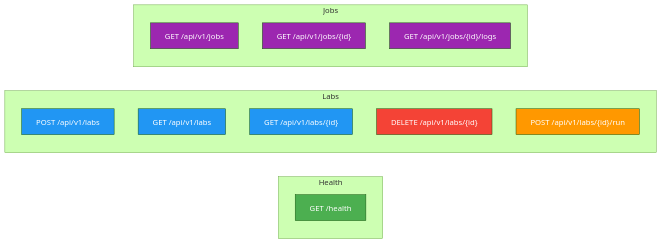
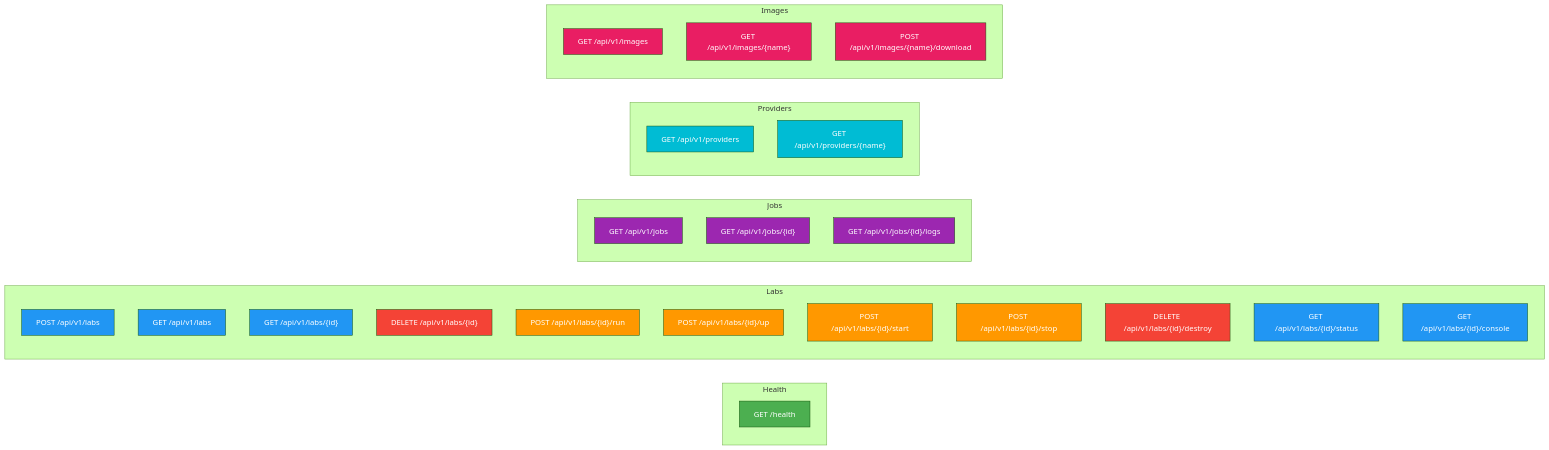
The seventh of 7 diagrams in README.md (melinskyRf/kernellab), drawn with Mermaid (forest theme) before and after one commit. The commit also changed other lines of this file and 62 other files, not shown here.

````diff
--- a/README.md
+++ b/README.md
@@ -608,30 +797,58 @@
 ```mermaid
 graph LR
     subgraph "Health"
         H["GET /health"]
     end
     
     subgraph "Labs"
         L1["POST /api/v1/labs"]
         L2["GET /api/v1/labs"]
         L3["GET /api/v1/labs/{id}"]
         L4["DELETE /api/v1/labs/{id}"]
         L5["POST /api/v1/labs/{id}/run"]
+        L6["POST /api/v1/labs/{id}/up"]
+        L7["POST /api/v1/labs/{id}/start"]
+        L8["POST /api/v1/labs/{id}/stop"]
+        L9["DELETE /api/v1/labs/{id}/destroy"]
+        L10["GET /api/v1/labs/{id}/status"]
+        L11["GET /api/v1/labs/{id}/console"]
     end
     
     subgraph "Jobs"
         J1["GET /api/v1/jobs"]
         J2["GET /api/v1/jobs/{id}"]
         J3["GET /api/v1/jobs/{id}/logs"]
     end
     
+    subgraph "Providers"
+        P1["GET /api/v1/providers"]
+        P2["GET /api/v1/providers/{name}"]
+    end
+    
+    subgraph "Images"
+        I1["GET /api/v1/images"]
+        I2["GET /api/v1/images/{name}"]
+        I3["POST /api/v1/images/{name}/download"]
+    end
+    
     style H fill:#4CAF50,color:#fff
     style L1 fill:#2196F3,color:#fff
     style L2 fill:#2196F3,color:#fff
     style L3 fill:#2196F3,color:#fff
     style L4 fill:#f44336,color:#fff
     style L5 fill:#FF9800,color:#fff
+    style L6 fill:#FF9800,color:#fff
+    style L7 fill:#FF9800,color:#fff
+    style L8 fill:#FF9800,color:#fff
+    style L9 fill:#f44336,color:#fff
+    style L10 fill:#2196F3,color:#fff
+    style L11 fill:#2196F3,color:#fff
     style J1 fill:#9C27B0,color:#fff
     style J2 fill:#9C27B0,color:#fff
     style J3 fill:#9C27B0,color:#fff
+    style P1 fill:#00BCD4,color:#fff
+    style P2 fill:#00BCD4,color:#fff
+    style I1 fill:#E91E63,color:#fff
+    style I2 fill:#E91E63,color:#fff
+    style I3 fill:#E91E63,color:#fff
 ```
````
